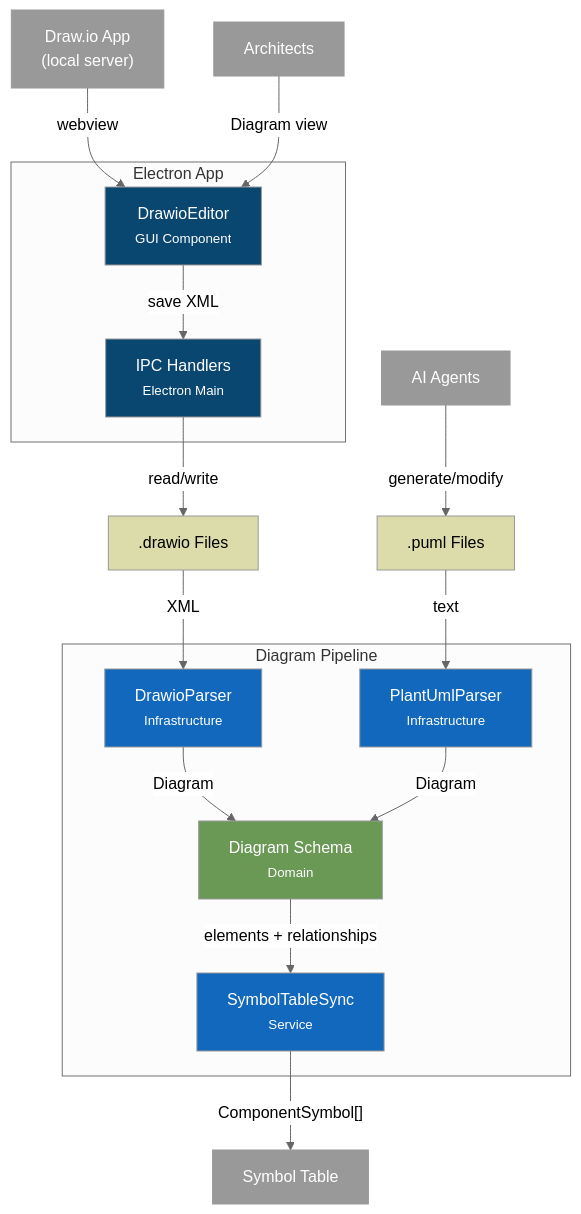
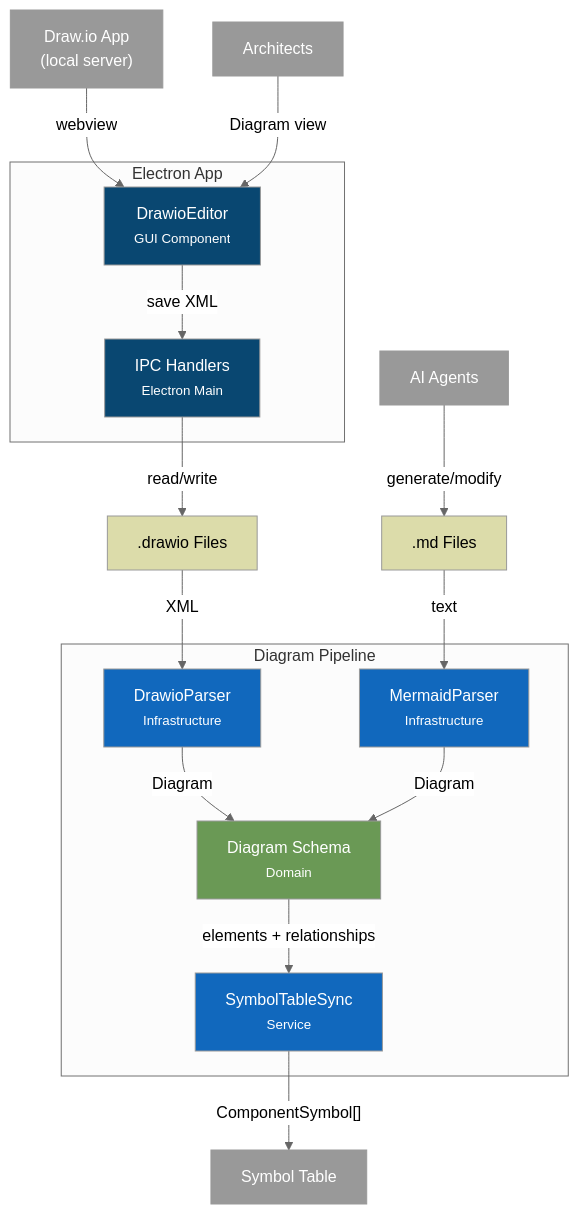
The diagram in docs/c4/component-diagram-pipeline.md (louipr/cyrus-code), drawn with Mermaid (neutral theme) before and after one commit. The commit also changed other lines of this file and 1 other file, not shown here.

Commit message:
docs: replace PlantUML with Mermaid in ADR-012 and component pipeline
Update diagram-driven architecture documentation to use Mermaid instead
of PlantUML as the AI-friendly text format:

- Rename ADR-012 title and sections from PlantUML to Mermaid
- Update all shape/relationship tables with Mermaid syntax
- Replace PlantUML code example with Mermaid classDiagram
- Update conversion pipeline (MermaidRenderer, .md files)
- Update Phase 3 to reference MermaidParser
- Add Mermaid documentation links to references
- Update component-diagram-pipeline.md with Mermaid components

Mermaid provides native GitHub/GitLab rendering without external tools,
and is already used for all C4 diagrams in cyrus-code.

🤖 Generated with [Claude Code](https://claude.com/claude-code)

````diff
--- a/docs/c4/component-diagram-pipeline.md
+++ b/docs/c4/component-diagram-pipeline.md
@@ -11,42 +11,42 @@
 ```mermaid
 flowchart TD
     subgraph electron ["Electron App"]
         editor["DrawioEditor<br/><small>GUI Component</small>"]
         ipc["IPC Handlers<br/><small>Electron Main</small>"]
     end
 
     subgraph pipeline ["Diagram Pipeline"]
         parser["DrawioParser<br/><small>Infrastructure</small>"]
-        pumlParser["PlantUmlParser<br/><small>Infrastructure</small>"]
+        mermaidParser["MermaidParser<br/><small>Infrastructure</small>"]
         sync["SymbolTableSync<br/><small>Service</small>"]
         schema["Diagram Schema<br/><small>Domain</small>"]
     end
 
     drawio_app["Draw.io App<br/>(local server)"] -->|"webview"| editor
     editor -->|"save XML"| ipc
     ipc -->|"read/write"| drawio[".drawio Files"]
     drawio -->|"XML"| parser
     parser -->|"Diagram"| schema
 
-    puml[".puml Files"] -->|"text"| pumlParser
-    pumlParser -->|"Diagram"| schema
+    mermaid[".md Files"] -->|"text"| mermaidParser
+    mermaidParser -->|"Diagram"| schema
 
     schema -->|"elements + relationships"| sync
     sync -->|"ComponentSymbol[]"| registry["Symbol Table"]
 
-    ai["AI Agents"] -->|"generate/modify"| puml
+    ai["AI Agents"] -->|"generate/modify"| mermaid
     human["Architects"] -->|"Diagram view"| editor
 
     classDef component fill:#1168bd,color:#fff
     classDef schema fill:#6a9955,color:#fff
     classDef external fill:#999,color:#fff
     classDef file fill:#dcdcaa,color:#000
     classDef gui fill:#094771,color:#fff
 
-    class parser,pumlParser,sync component
+    class parser,mermaidParser,sync component
     class schema schema
     class registry,drawio_app external
-    class drawio,puml file
+    class drawio,mermaid file
     class ai,human external
     class editor,ipc gui
 ```
````
